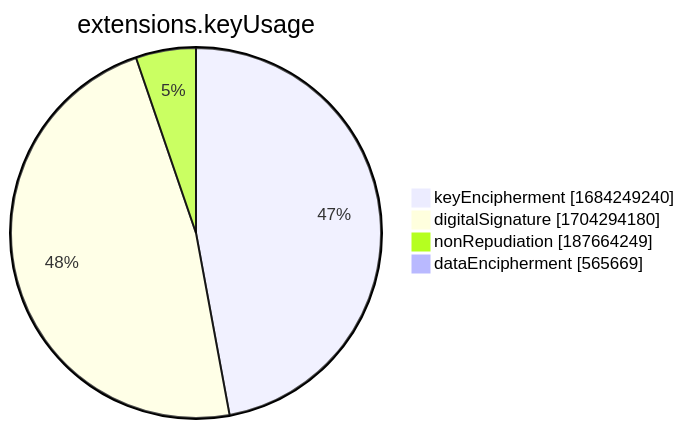
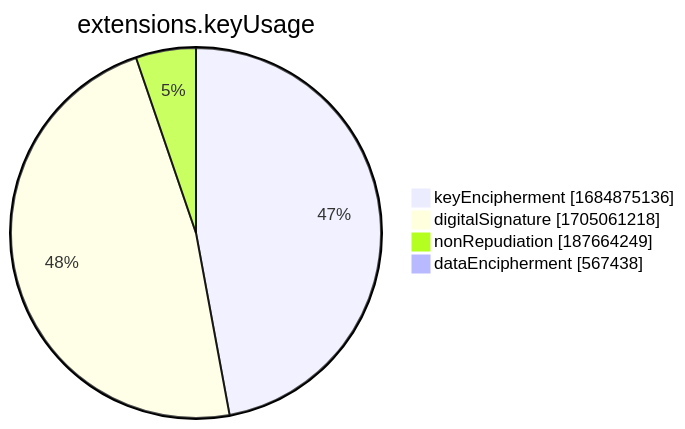
The seventh of 15 diagrams in xenon2022/README.md (christiankrug/ctmonitor_visualization), drawn with Mermaid before and after one commit. The commit also changed other lines of this file, not shown here.

````diff
--- a/xenon2022/README.md
+++ b/xenon2022/README.md
@@ -2857,8 +2857,8 @@
 ```mermaid
 pie showData
 title extensions.keyUsage
-"keyEncipherment" :1684249240
-"digitalSignature" :1704294180
+"keyEncipherment" :1684875136
+"digitalSignature" :1705061218
 "nonRepudiation" :187664249
-"dataEncipherment" :565669
+"dataEncipherment" :567438
 ```
````
